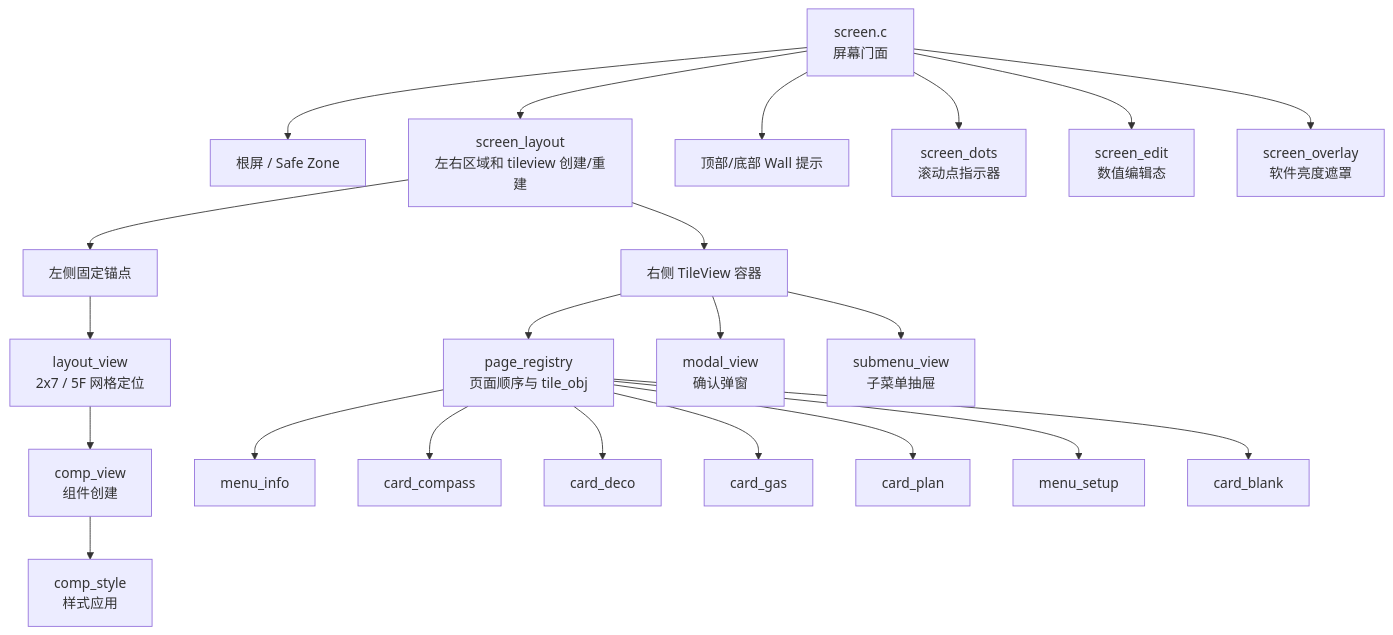
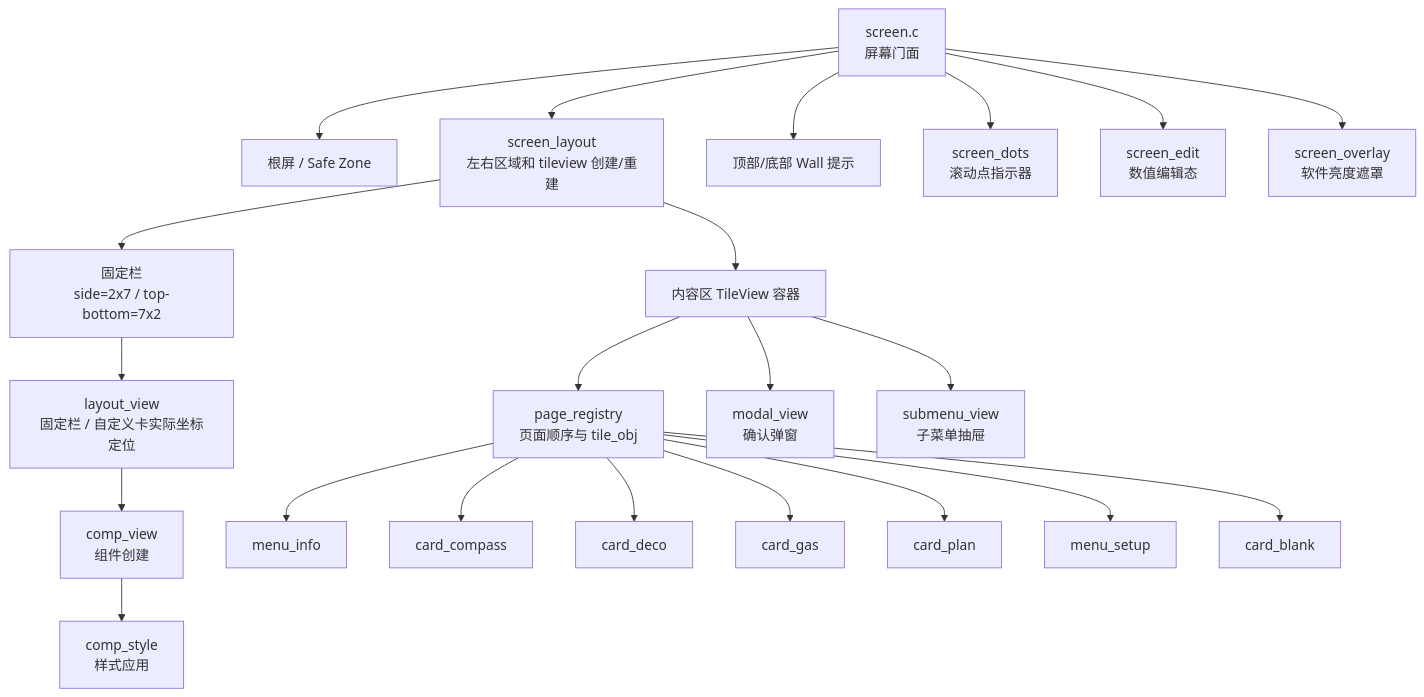
The third of 7 diagrams in UI_html_DOC/UI_MODULE_MAP.md (arexvision/lv_port_win_codeblocks-release-v8.3_hasGroup), drawn with Mermaid before and after one commit. The commit also changed other lines of this file and 8 other files, not shown here.

````diff
--- a/UI_html_DOC/UI_MODULE_MAP.md
+++ b/UI_html_DOC/UI_MODULE_MAP.md
@@ -89,28 +89,28 @@
 ```mermaid
 flowchart TB
     Screen["screen.c<br/>屏幕门面"] --> Root["根屏 / Safe Zone"]
     Screen --> ScreenLayout["screen_layout<br/>左右区域和 tileview 创建/重建"]
     Screen --> Walls["顶部/底部 Wall 提示"]
     Screen --> Dots["screen_dots<br/>滚动点指示器"]
     Screen --> Edit["screen_edit<br/>数值编辑态"]
     Screen --> Brightness["screen_overlay<br/>软件亮度遮罩"]
 
-    ScreenLayout --> Left["左侧固定锚点"]
-    ScreenLayout --> Right["右侧 TileView 容器"]
+    ScreenLayout --> Left["固定栏<br/>side=2x7 / top-bottom=7x2"]
+    ScreenLayout --> Right["内容区 TileView 容器"]
 
-    Left --> LayoutGrid["layout_view<br/>2x7 / 5F 网格定位"]
+    Left --> LayoutGrid["layout_view<br/>固定栏 / 自定义卡实际坐标定位"]
     LayoutGrid --> WidgetFactory["comp_view<br/>组件创建"]
     WidgetFactory --> WidgetStyle["comp_style<br/>样式应用"]
 
     Right --> Registry["page_registry<br/>页面顺序与 tile_obj"]
     Registry --> Info["menu_info"]
     Registry --> Compass["card_compass"]
     Registry --> Deco["card_deco"]
     Registry --> Gas["card_gas"]
     Registry --> Plan["card_plan"]
     Registry --> Setup["menu_setup"]
     Registry --> Blank["card_blank"]
 
     Right --> Modal["modal_view<br/>确认弹窗"]
     Right --> Submenu["submenu_view<br/>子菜单抽屉"]
 ```
````
